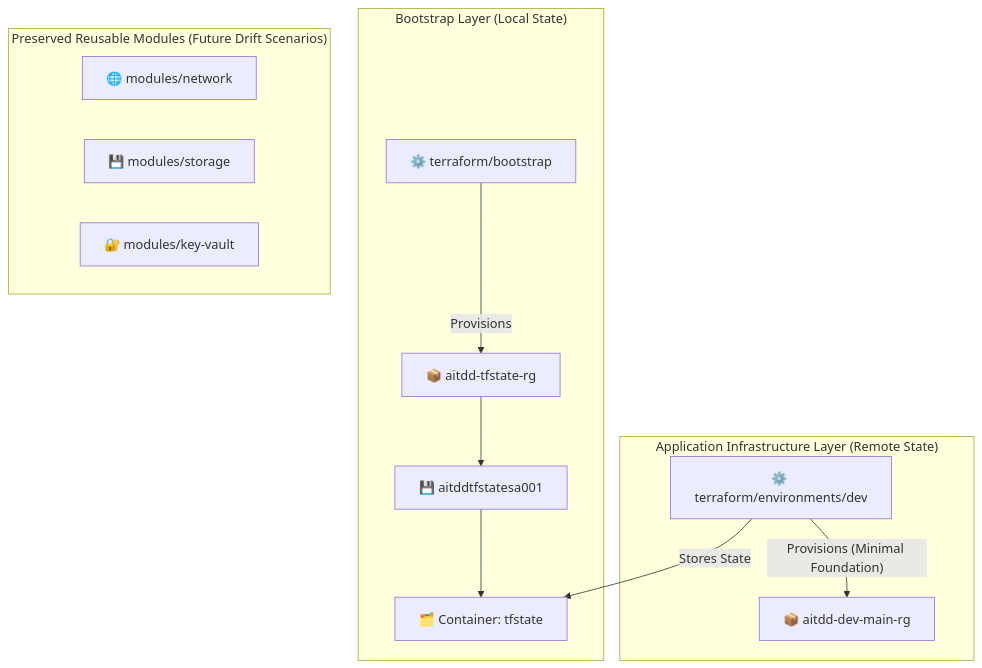
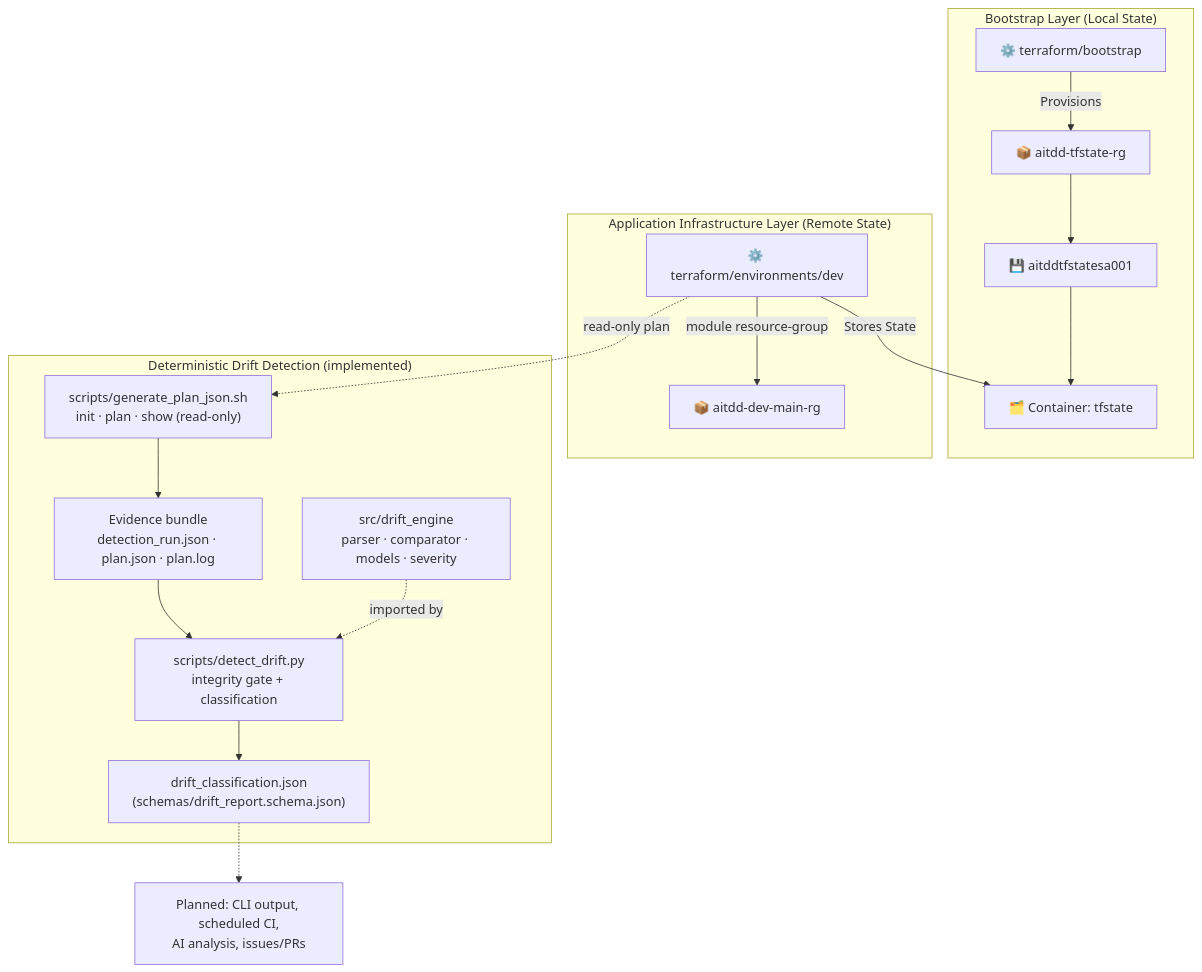
The diagram in README.md (HarshAgarwal1102/ai-terraform-drift-detector), drawn with Mermaid before and after one commit. The commit also changed other lines of this file and 17 other files, not shown here.

Commit message:
feat: build deterministic Python drift engine

````diff
--- a/README.md
+++ b/README.md
@@ -32,19 +82,23 @@
 ```mermaid
 flowchart TD
     subgraph "Bootstrap Layer (Local State)"
         BOOTSTRAP["⚙️ terraform/bootstrap"] -->|"Provisions"| STATE_RG["📦 aitdd-tfstate-rg"]
         STATE_RG --> STATE_SA["💾 aitddtfstatesa001"]
         STATE_SA --> STATE_CONTAINER["🗂️ Container: tfstate"]
     end
 
     subgraph "Application Infrastructure Layer (Remote State)"
         DEV_ENV["⚙️ terraform/environments/dev"] -->|"Stores State"| STATE_CONTAINER
-        DEV_ENV -->|"Provisions (Minimal Foundation)"| APP_RG["📦 aitdd-dev-main-rg"]
+        DEV_ENV -->|"module resource-group"| APP_RG["📦 aitdd-dev-main-rg"]
     end
 
-    subgraph "Preserved Reusable Modules (Future Drift Scenarios)"
-        MOD_NET["🌐 modules/network"]
-        MOD_ST["💾 modules/storage"]
-        MOD_KV["🔐 modules/key-vault"]
+    subgraph "Deterministic Drift Detection (implemented)"
+        GEN["scripts/generate_plan_json.sh<br/>init · plan · show (read-only)"] --> BUNDLE["Evidence bundle<br/>detection_run.json · plan.json · plan.log"]
+        BUNDLE --> DETECT["scripts/detect_drift.py<br/>integrity gate + classification"]
+        DETECT --> REPORT["drift_classification.json<br/>(schemas/drift_report.schema.json)"]
+        ENGINE["src/drift_engine<br/>parser · comparator · models · severity"] -.->|"imported by"| DETECT
     end
+
+    DEV_ENV -.->|"read-only plan"| GEN
+    REPORT -.-> FUTURE["Planned: CLI output, scheduled CI,<br/>AI analysis, issues/PRs"]
 ```
````
